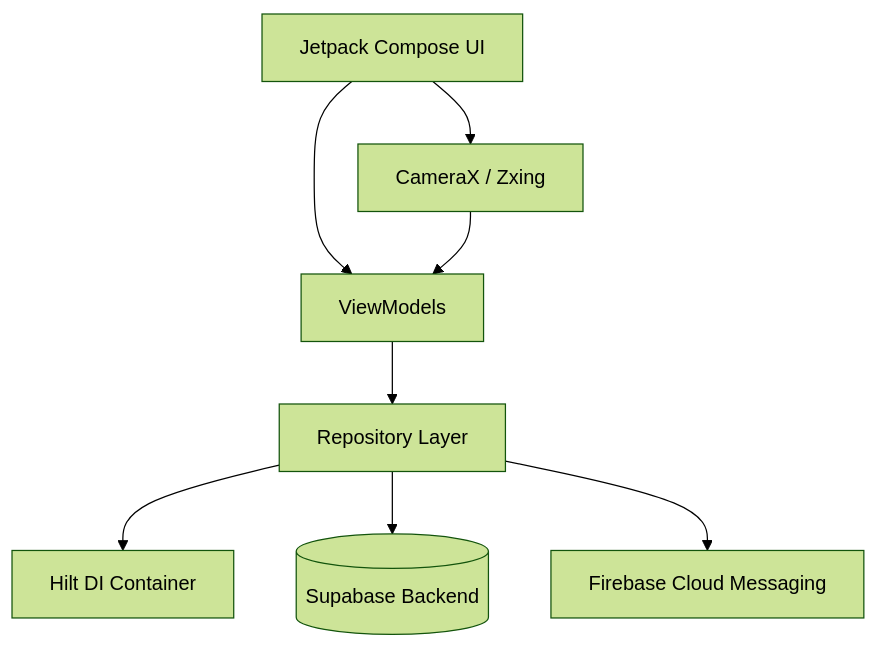
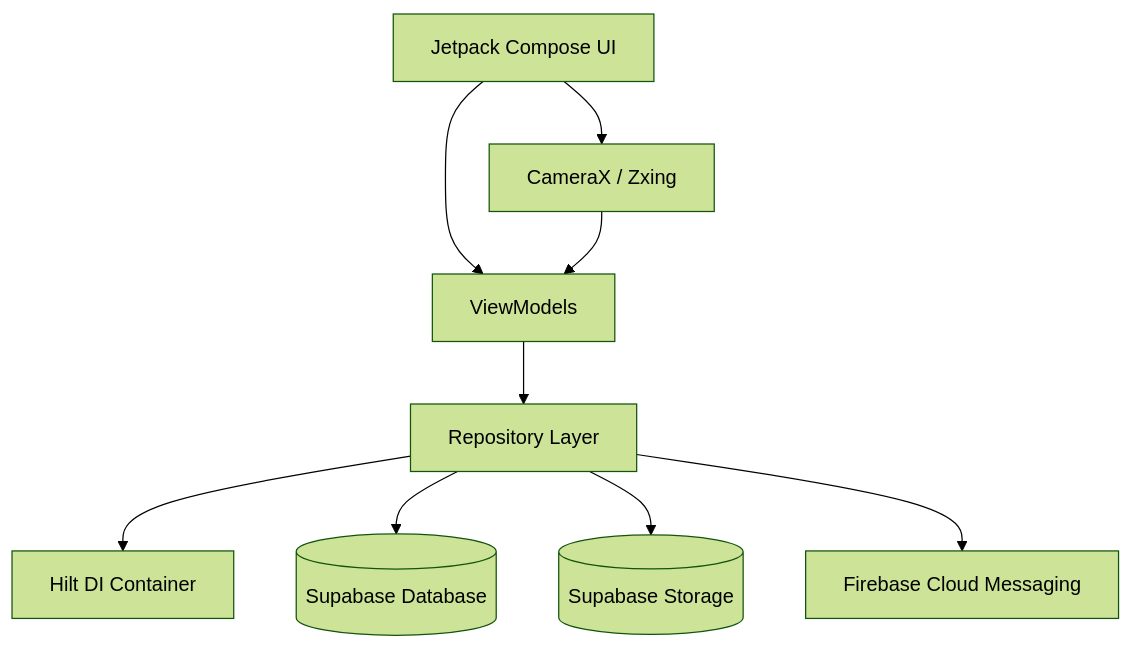
Before and after one commit to k-anupam-sharma/BaseCamp---The-Volunteering-App: the first of 4 diagrams in README.md, drawn with Mermaid (forest theme). The commit also changed other lines of this file, not shown here.

Commit message:
docs: Update flowcharts for Storage and media handling

````diff
--- a/README.md
+++ b/README.md
@@ -57,12 +57,13 @@
 ```mermaid
 graph TD
     UI[Jetpack Compose UI] --> VM[ViewModels]
     VM --> Repo[Repository Layer]
     Repo --> Hilt[Hilt DI Container]
     
-    Repo --> Supabase[(Supabase Backend)]
+    Repo --> SupabaseDB[(Supabase Database)]
+    Repo --> SupabaseStorage[(Supabase Storage)]
     Repo --> FCM[Firebase Cloud Messaging]
     
     UI --> CameraX[CameraX / Zxing]
     CameraX --> VM
 ```
````
